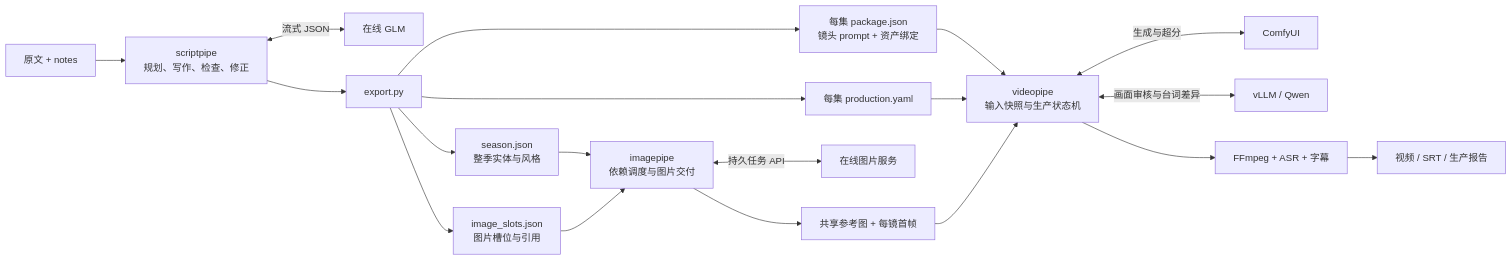
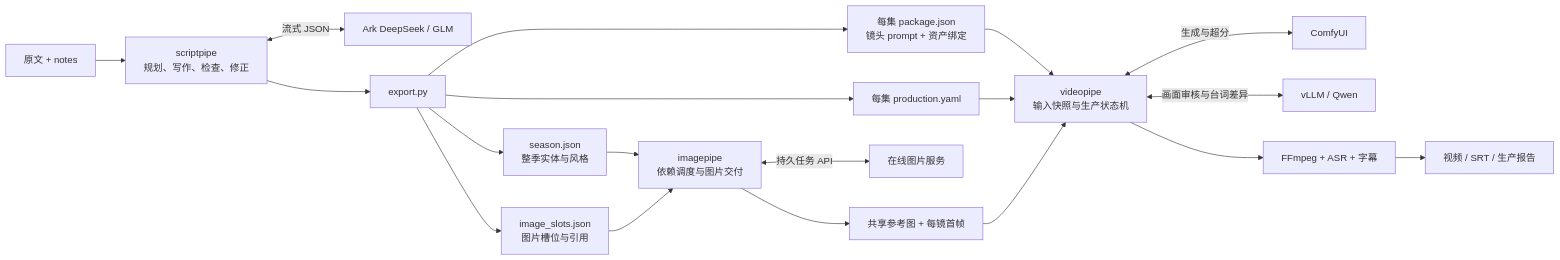
One commit to mtbnydx-dot/AI-AI-powered-local-fully-automated-video-workflow changed the first of 3 diagrams in docs/architecture.md. Above: the diagram before and after it, drawn with Mermaid. The commit also changed other lines of this file and 18 other files, not shown here.

Commit message:
Support DeepSeek scripts and episode batch image delivery

````diff
--- a/docs/architecture.md
+++ b/docs/architecture.md
@@ -5,21 +5,21 @@
 ```mermaid
 flowchart LR
     SRC["原文 + notes"] --> SP["scriptpipe<br/>规划、写作、检查、修正"]
-    SP <-->|流式 JSON| GLM["在线 GLM"]
+    SP <-->|流式 JSON| LLM["Ark DeepSeek / GLM"]
     SP --> EXP["export.py"]
     EXP --> SEASON["season.json<br/>整季实体与风格"]
     EXP --> SLOTS["image_slots.json<br/>图片槽位与引用"]
     EXP --> PKG["每集 package.json<br/>镜头 prompt + 资产绑定"]
     EXP --> CFG["每集 production.yaml"]
     SEASON --> IP["imagepipe<br/>依赖调度与图片交付"]
     SLOTS --> IP
     IP <-->|持久任务 API| IMG["在线图片服务"]
     IP --> ASSETS["共享参考图 + 每镜首帧"]
     PKG --> VP["videopipe<br/>输入快照与生产状态机"]
     CFG --> VP
     ASSETS --> VP
     VP <-->|生成与超分| COMFY["ComfyUI"]
     VP <-->|画面审核与台词差异| QWEN["vLLM / Qwen"]
     VP --> MEDIA["FFmpeg + ASR + 字幕"]
     MEDIA --> OUT["视频 / SRT / 生产报告"]
 ```
````
